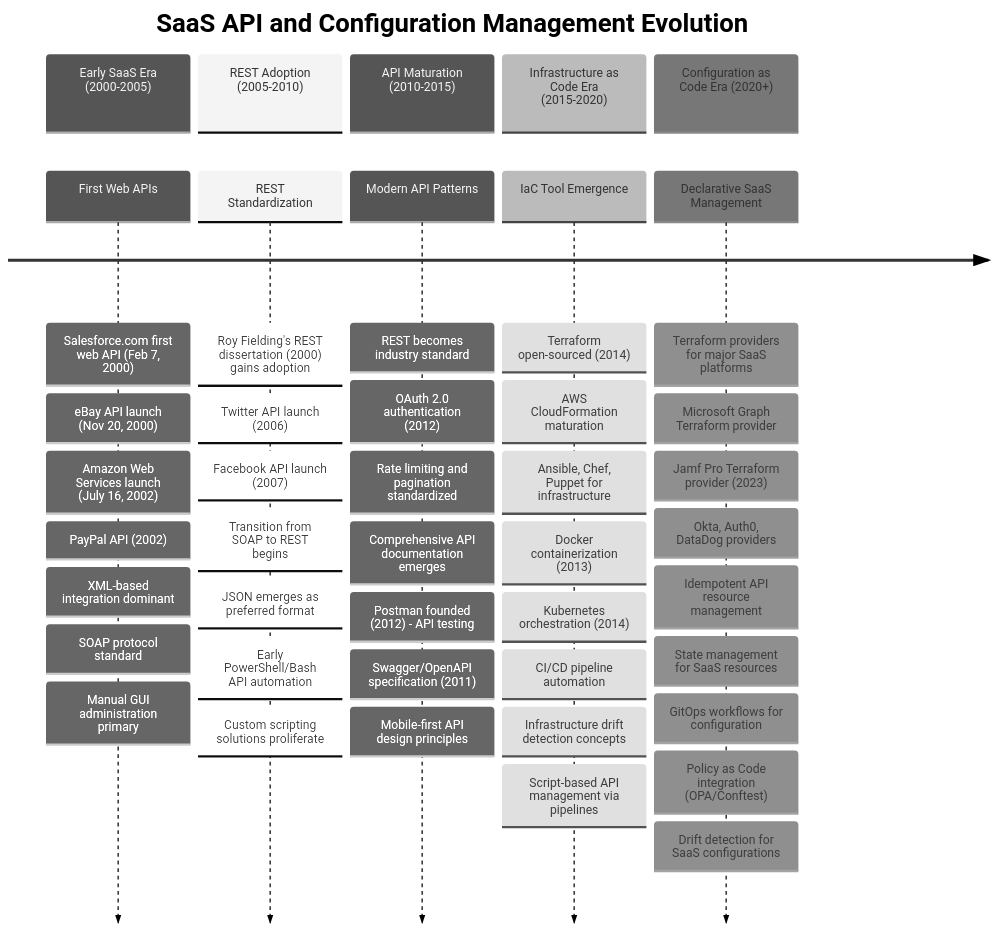
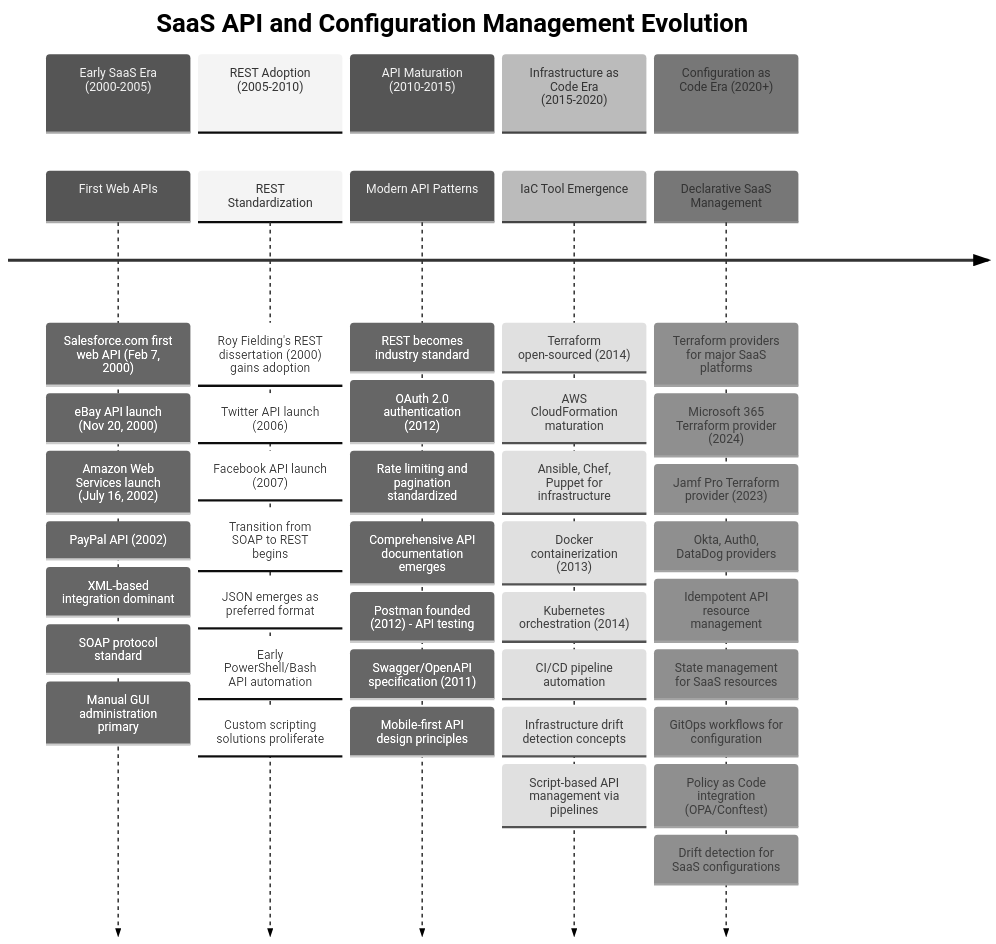
One commit to simondbrooke/terraform-training-jamfpro changed the first of 5 diagrams in training_materials/terraform/module_02_configuration_as_code_concepts.md. Above: the diagram before and after it, drawn with Mermaid (neutral theme). The commit also changed other lines of this file, not shown here.

````diff
--- a/training_materials/terraform/module_02_configuration_as_code_concepts.md
+++ b/training_materials/terraform/module_02_configuration_as_code_concepts.md
@@ -46,52 +46,52 @@
 ```mermaid
 timeline
     title SaaS API and Configuration Management Evolution
     
     section Early SaaS Era (2000-2005)
         First Web APIs : Salesforce.com first web API (Feb 7, 2000)
                        : eBay API launch (Nov 20, 2000)
                        : Amazon Web Services launch (July 16, 2002)
                        : PayPal API (2002)
                        : XML-based integration dominant
                        : SOAP protocol standard
                        : Manual GUI administration primary
         
     section REST Adoption (2005-2010)
         REST Standardization : Roy Fielding's REST dissertation (2000) gains adoption
                              : Twitter API launch (2006)
                              : Facebook API launch (2007)
                              : Transition from SOAP to REST begins
                              : JSON emerges as preferred format
                              : Early PowerShell/Bash API automation
                              : Custom scripting solutions proliferate
         
     section API Maturation (2010-2015)
         Modern API Patterns : REST becomes industry standard
                             : OAuth 2.0 authentication (2012)
                             : Rate limiting and pagination standardized
                             : Comprehensive API documentation emerges
                             : Postman founded (2012) - API testing
                             : Swagger/OpenAPI specification (2011)
                             : Mobile-first API design principles
         
     section Infrastructure as Code Era (2015-2020)
         IaC Tool Emergence : Terraform open-sourced (2014)
                            : AWS CloudFormation maturation
                            : Ansible, Chef, Puppet for infrastructure
                            : Docker containerization (2013)
                            : Kubernetes orchestration (2014)
                            : CI/CD pipeline automation
                            : Infrastructure drift detection concepts
                            : Script-based API management via pipelines
         
     section Configuration as Code Era (2020+)
         Declarative SaaS Management : Terraform providers for major SaaS platforms
-                                    : Microsoft Graph Terraform provider
+                                    : Microsoft 365 Terraform provider (2024)
                                     : Jamf Pro Terraform provider (2023)
                                     : Okta, Auth0, DataDog providers
                                     : Idempotent API resource management
                                     : State management for SaaS resources
                                     : GitOps workflows for configuration
                                     : Policy as Code integration (OPA/Conftest)
                                     : Drift detection for SaaS configurations
 ```
````
